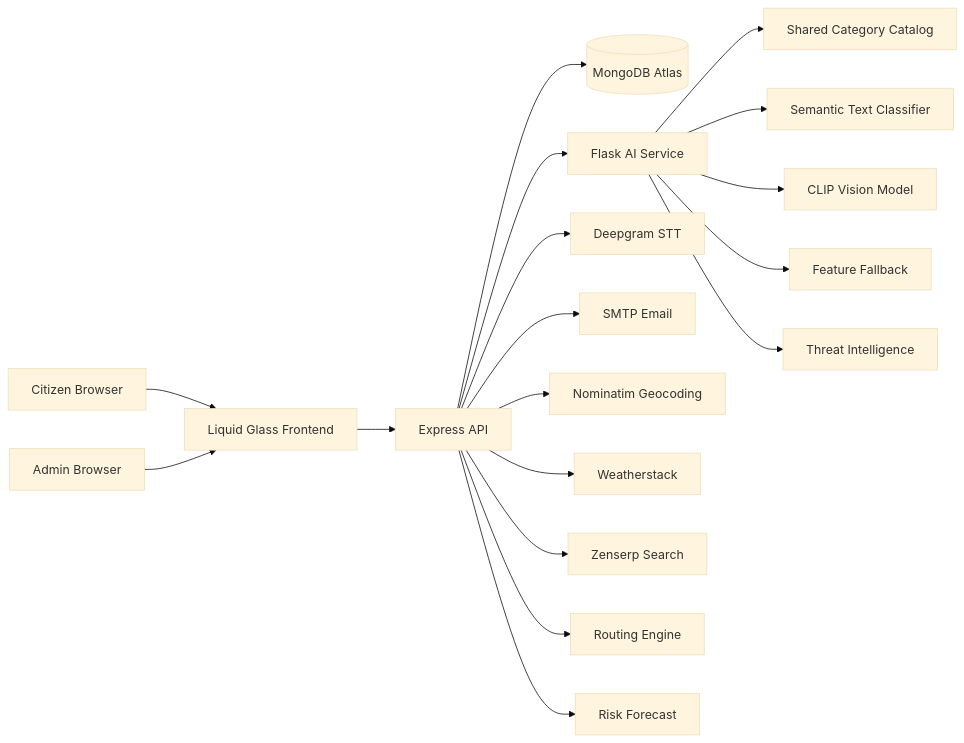
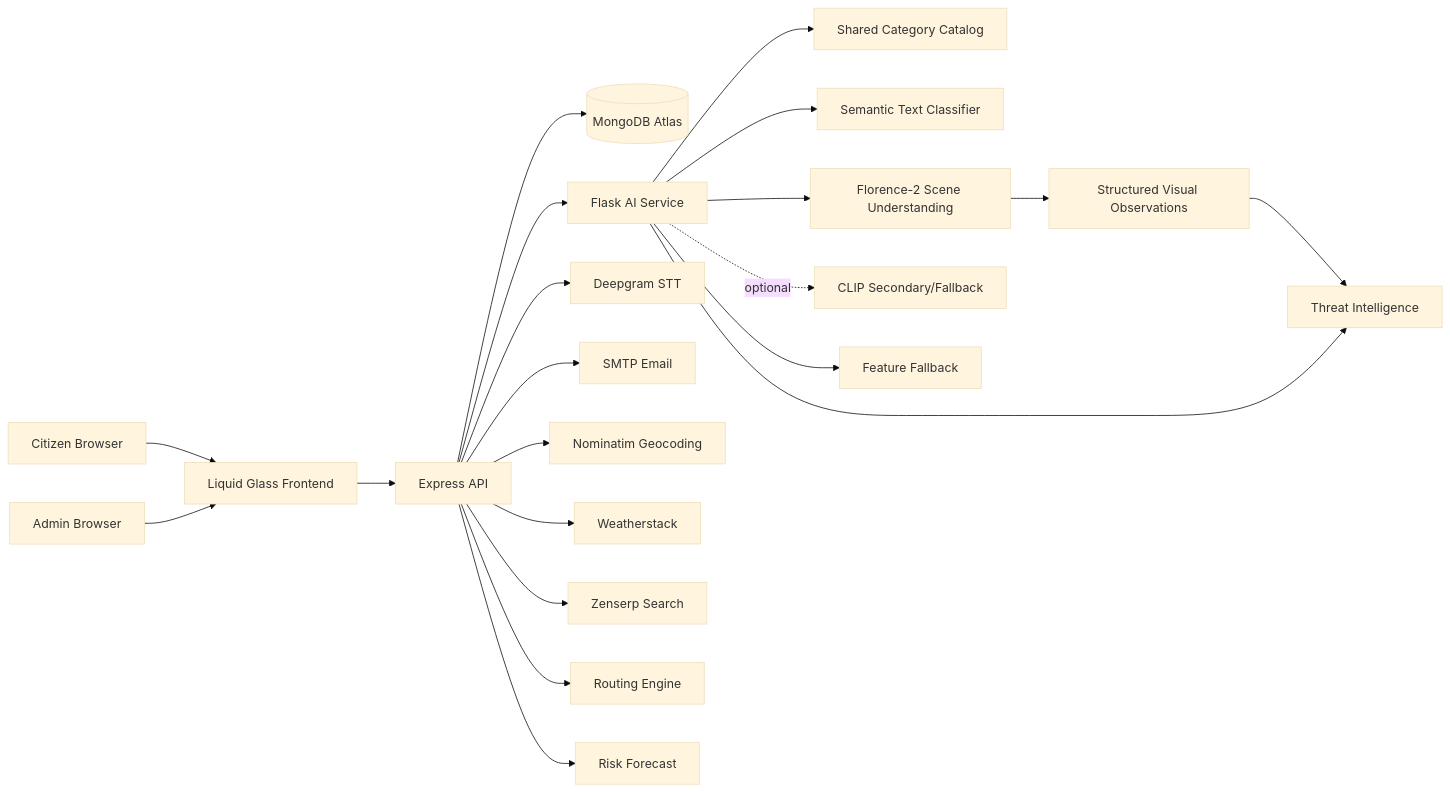
The first of 2 diagrams in README.md (Shreyas0047/Urban-Pulse-Ai), drawn with Mermaid (base theme) before and after one commit. The commit also changed other lines of this file and 20 other files, not shown here.

Commit message:
florence model update

````diff
--- a/README.md
+++ b/README.md
@@ -120,20 +120,23 @@
 ```mermaid
 flowchart LR
     Citizen[Citizen Browser] --> Frontend[Liquid Glass Frontend]
     Admin[Admin Browser] --> Frontend
     Frontend --> Express[Express API]
     Express --> Mongo[(MongoDB Atlas)]
     Express --> Flask[Flask AI Service]
     Flask --> Catalog[Shared Category Catalog]
     Flask --> TextAI[Semantic Text Classifier]
-    Flask --> VisionAI[CLIP Vision Model]
+    Flask --> VisionAI[Florence-2 Scene Understanding]
+    VisionAI --> Observation[Structured Visual Observations]
+    Observation --> ThreatAI
+    Flask -. optional .-> CLIP[CLIP Secondary/Fallback]
     Flask --> VisionFallback[Feature Fallback]
     Flask --> ThreatAI[Threat Intelligence]
     Express --> Deepgram[Deepgram STT]
     Express --> SMTP[SMTP Email]
     Express --> Geo[Nominatim Geocoding]
     Express --> Weather[Weatherstack]
     Express --> Zenserp[Zenserp Search]
     Express --> Routing[Routing Engine]
     Express --> Risk[Risk Forecast]
 ```
````
